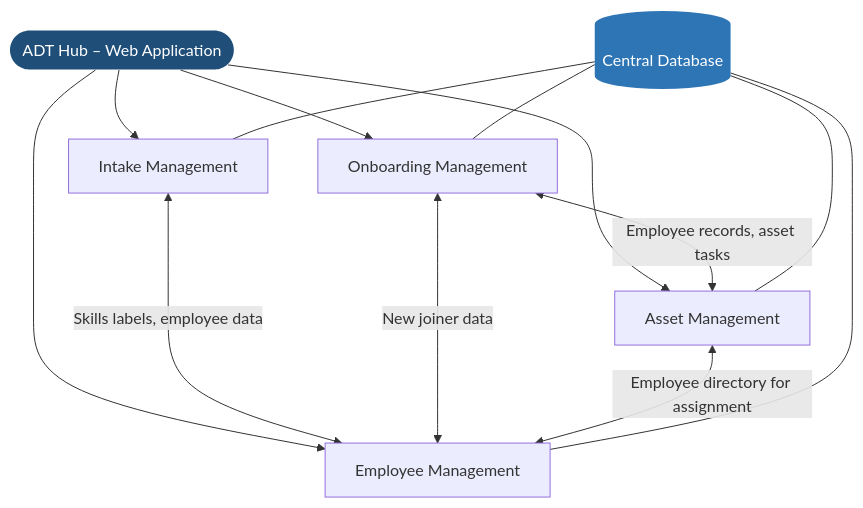
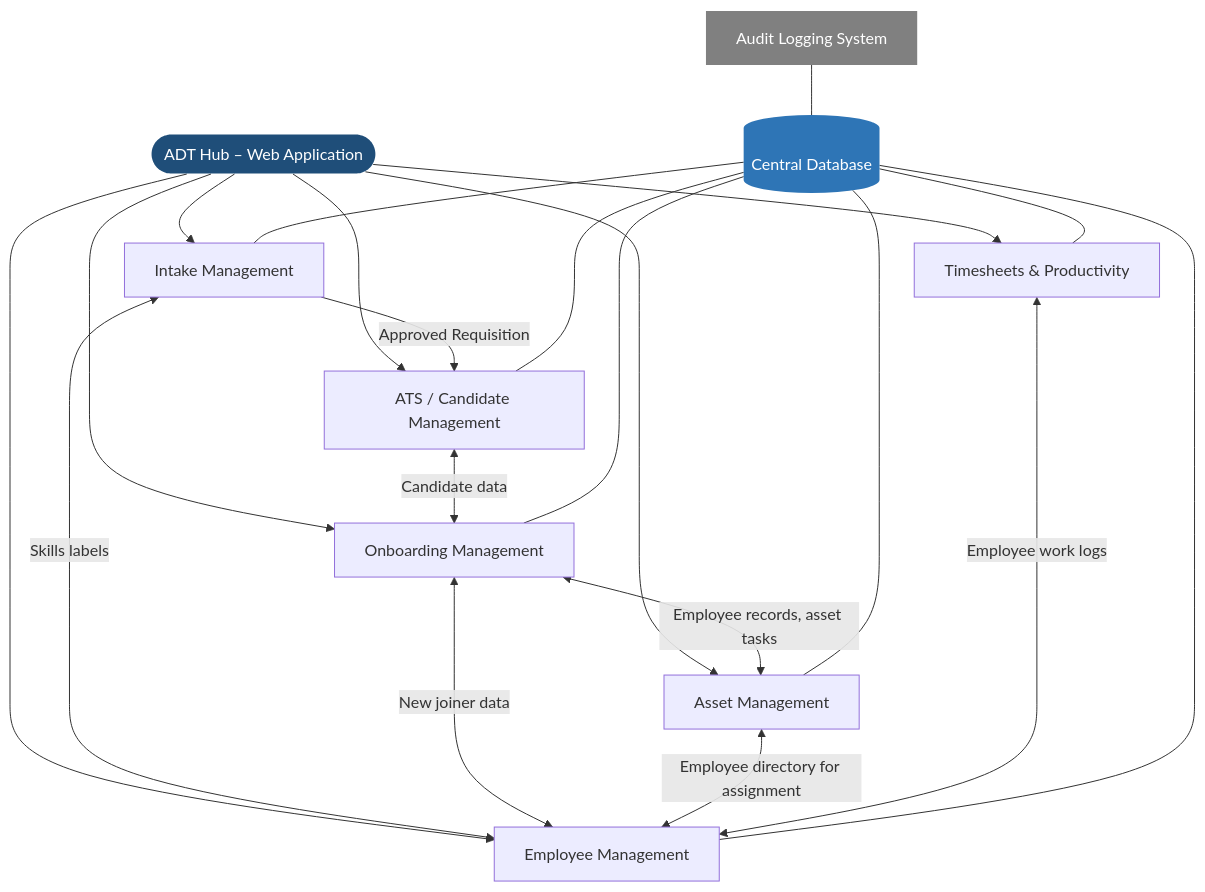
One commit to ATDawnTech/HubV2 changed the first of 16 diagrams in docs/ADT_Hub_Spec_Plan.md. Above: the diagram before and after it, drawn with Mermaid. The commit also changed other lines of this file, not shown here.

````diff
--- a/docs/ADT_Hub_Spec_Plan.md
+++ b/docs/ADT_Hub_Spec_Plan.md
@@ -17,20 +17,30 @@
 ```mermaid
 graph TD
     Nav([ADT Hub – Web Application]) --> E1[Intake Management]
-    Nav --> E2[Onboarding Management]
-    Nav --> E3[Asset Management]
-    Nav --> E4[Employee Management]
+    Nav --> E2[ATS / Candidate Management]
+    Nav --> E3[Onboarding Management]
+    Nav --> E4[Asset Management]
+    Nav --> E5[Employee Management]
+    Nav --> E6[Timesheets & Productivity]
 
-    E1 <-->|Skills labels, employee data| E4
-    E2 <-->|Employee records, asset tasks| E3
-    E2 <-->|New joiner data| E4
-    E3 <-->|Employee directory for assignment| E4
+    E1 <-->|Skills labels| E5
+    E1 -->|Approved Requisition| E2
+    E2 <-->|Candidate data| E3
+    E3 <-->|Employee records, asset tasks| E4
+    E3 <-->|New joiner data| E5
+    E4 <-->|Employee directory for assignment| E5
+    E6 <-->|Employee work logs| E5
 
     DB[(Central Database)] --- E1
     DB --- E2
     DB --- E3
     DB --- E4
+    DB --- E5
+    DB --- E6
+    
+    Audit[Audit Logging System] --- DB
 
     style Nav fill:#1F4E79,color:#fff,stroke:none
     style DB fill:#2E75B6,color:#fff,stroke:none
+    style Audit fill:#808080,color:#fff,stroke:none
 ```
````
